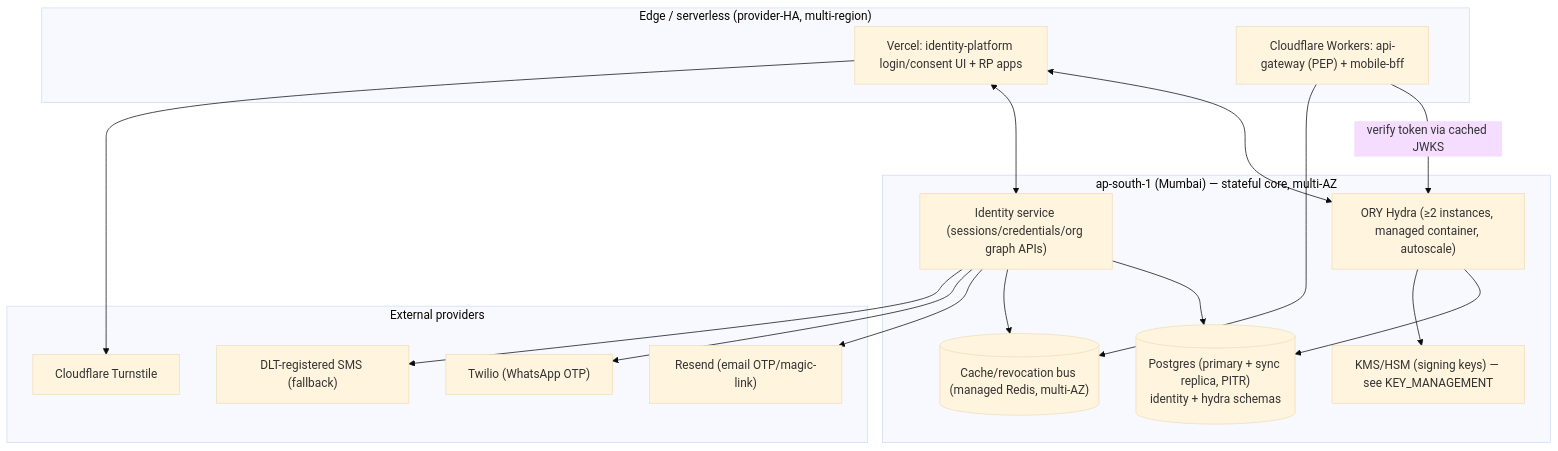
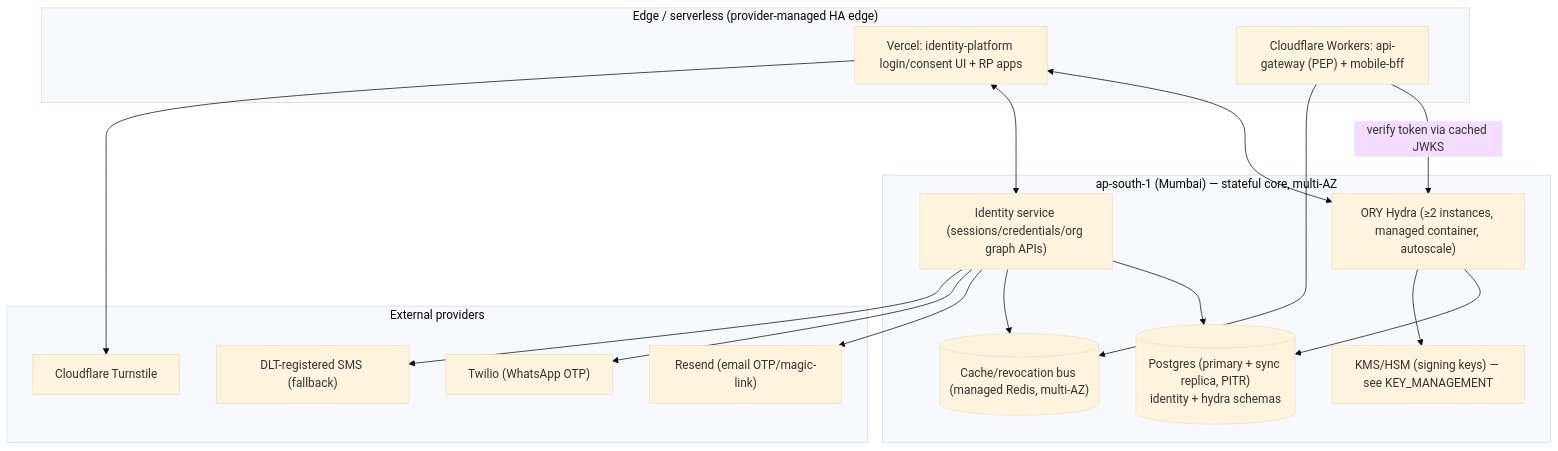
The first of 2 diagrams in docs/auth/2026-06-08-identity-platform-transformation/IDENTITY_OPERATIONS_ARCHITECTURE.md (SaaiSiddhu/LetBuyy), drawn with Mermaid (base theme) before and after one commit. The commit also changed other lines of this file and 5 other files, not shown here.

````diff
--- a/docs/auth/2026-06-08-identity-platform-transformation/IDENTITY_OPERATIONS_ARCHITECTURE.md
+++ b/docs/auth/2026-06-08-identity-platform-transformation/IDENTITY_OPERATIONS_ARCHITECTURE.md
@@ -38,31 +38,31 @@
 ```mermaid
 flowchart TB
-  subgraph edge["Edge / serverless (provider-HA, multi-region)"]
+  subgraph edge["Edge / serverless (provider-managed HA edge)"]
     VERCEL["Vercel: identity-platform login/consent UI + RP apps"]
     CFW["Cloudflare Workers: api-gateway (PEP) + mobile-bff"]
   end
   subgraph region["ap-south-1 (Mumbai) — stateful core, multi-AZ"]
     HYDRA["ORY Hydra (≥2 instances, managed container, autoscale)"]
     IDSVC["Identity service (sessions/credentials/org graph APIs)"]
     PG[("Postgres (primary + sync replica, PITR)\nidentity + hydra schemas")]
     REDIS[("Cache/revocation bus (managed Redis, multi-AZ)")]
     KMS["KMS/HSM (signing keys) — see KEY_MANAGEMENT"]
   end
   subgraph providers["External providers"]
     RESEND["Resend (email OTP/magic-link)"]
     TWILIO["Twilio (WhatsApp OTP)"]
     SMSDLT["DLT-registered SMS (fallback)"]
     TURN["Cloudflare Turnstile"]
   end
 
   VERCEL <--> HYDRA
   VERCEL <--> IDSVC
   CFW -->|"verify token via cached JWKS"| HYDRA
   HYDRA --> PG
   IDSVC --> PG
   IDSVC --> REDIS
   CFW --> REDIS
   HYDRA --> KMS
   IDSVC --> RESEND & TWILIO & SMSDLT
   VERCEL --> TURN
 ```
````
